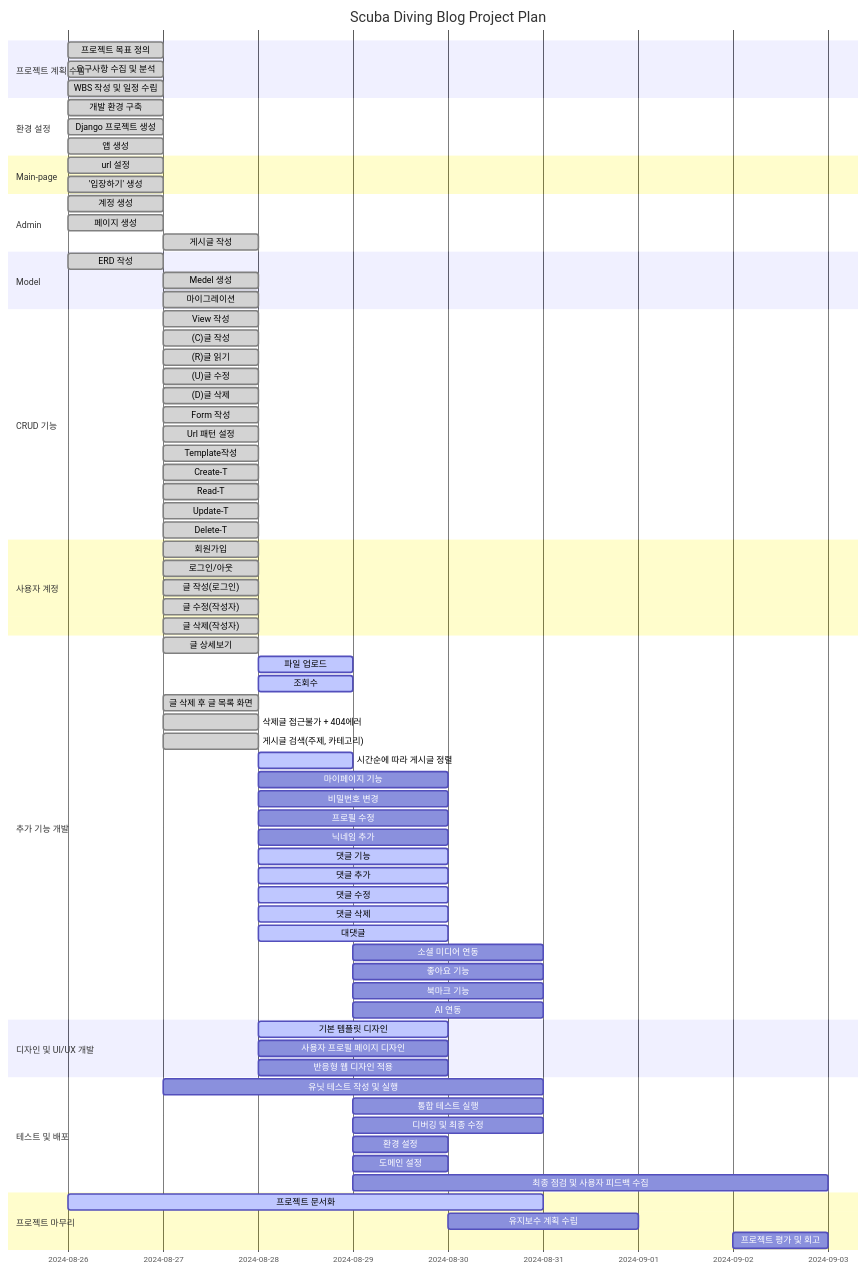
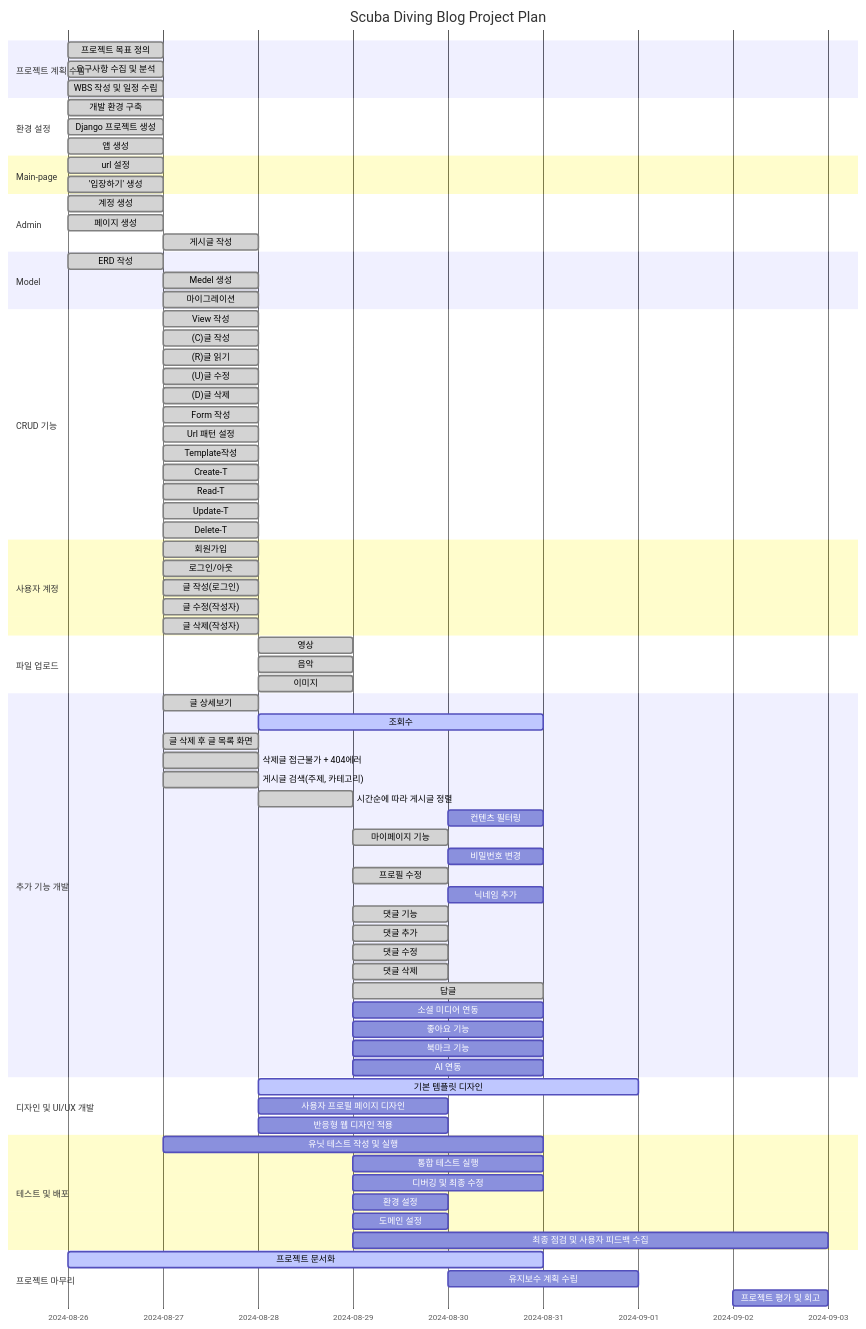
The first of 3 diagrams in README.md (heeeee-github/travel_blog), drawn with Mermaid before and after one commit. The commit also changed other lines of this file and 38 other files, not shown here.

```diff
--- a/README.md
+++ b/README.md
@@ -74,34 +74,39 @@
     글 삭제(작성자)             : done, f3-3, 2024-08-27, 1d
 
 
+    section 파일 업로드
+    영상                   : done, g1, 2024-08-28, 1d
+    음악                   : done, g2, 2024-08-28, 1d
+    이미지                   : done, g3, 2024-08-28, 1d
+
     section 추가 기능 개발
-    글 상세보기                   : done, g1, 2024-08-27, 1d
-    파일 업로드                   : active, g2, 2024-08-28, 1d
-    조회수                      : active, g3, 2024-08-28, 1d
-    글 삭제 후 글 목록 화면      : done, g4, 2024-08-27, 1d
-    삭제글 접근불가 + 404에러   : done, g5, 2024-08-27, 1d
-    게시글 검색(주제, 카테고리)   : done, g6, 2024-08-27, 1d
-    시간순에 따라 게시글 정렬   : active, g7, 2024-08-28, 1d
+    글 상세보기                   : done, h1, 2024-08-27, 1d
+    조회수                      : active, h2, 2024-08-28, 3d
+    글 삭제 후 글 목록 화면      : done, h3, 2024-08-27, 1d
+    삭제글 접근불가 + 404에러   : done, h4, 2024-08-27, 1d
+    게시글 검색(주제, 카테고리)   : done, h5, 2024-08-27, 1d
+    시간순에 따라 게시글 정렬   : done, h6, 2024-08-28, 1d
+    컨텐츠 필터링               : h7, 2024-08-30, 1d
 
-    마이페이지 기능                   : g8, 2024-08-28, 2d
-    비밀번호 변경                    : g8-1, 2024-08-28, 2d
-    프로필 수정                   : g8-1, 2024-08-28, 2d
-    닉네임 추가                    : g8-1, 2024-08-28, 2d
+    마이페이지 기능                   : done,h7, 2024-08-29, 1d
+    비밀번호 변경                    : h7-1, 2024-08-30, 1d
+    프로필 수정                   : done,h7-2, 2024-08-29, 1d
+    닉네임 추가                    : h7-3, 2024-08-30, 1d
 
-    댓글 기능                    : active, g9, 2024-08-28, 2d
-    댓글 추가                    : active, g9-1, 2024-08-28, 2d
-    댓글 수정                    : active, g9-2, 2024-08-28, 2d
-    댓글 삭제                    : active, g9-3, 2024-08-28, 2d
-    대댓글                        : active, g9-4, 2024-08-28, 2d
+    댓글 기능                    : done, h8, 2024-08-29, 1d
+    댓글 추가                    : done, h8-1, 2024-08-29, 1d
+    댓글 수정                    : done, h8-2, 2024-08-29, 1d
+    댓글 삭제                    : done, h8-3, 2024-08-29, 1d
+    답글                        : done, h8-4, 2024-08-29, 2d
     
-    소셜 미디어 연동               : g10, 2024-08-29, 2d
-    좋아요 기능                    : g11, 2024-08-29, 2d
-    북마크 기능                    : g12, 2024-08-29, 2d
+    소셜 미디어 연동               : g9, 2024-08-29, 2d
+    좋아요 기능                    : g10, 2024-08-29, 2d
+    북마크 기능                    : g11, 2024-08-29, 2d
 
-    AI 연동                       : g13, 2024-08-29, 2d
+    AI 연동                       : g12, 2024-08-29, 2d
 
     section 디자인 및 UI/UX 개발
-    기본 템플릿 디자인                       : active, h1, 2024-08-28, 2d
+    기본 템플릿 디자인                       : active, h1, 2024-08-28, 4d
     사용자 프로필 페이지 디자인                 : h2, 2024-08-28, 2d
     반응형 웹 디자인 적용                    : h3, 2024-08-28, 2d
 
```
